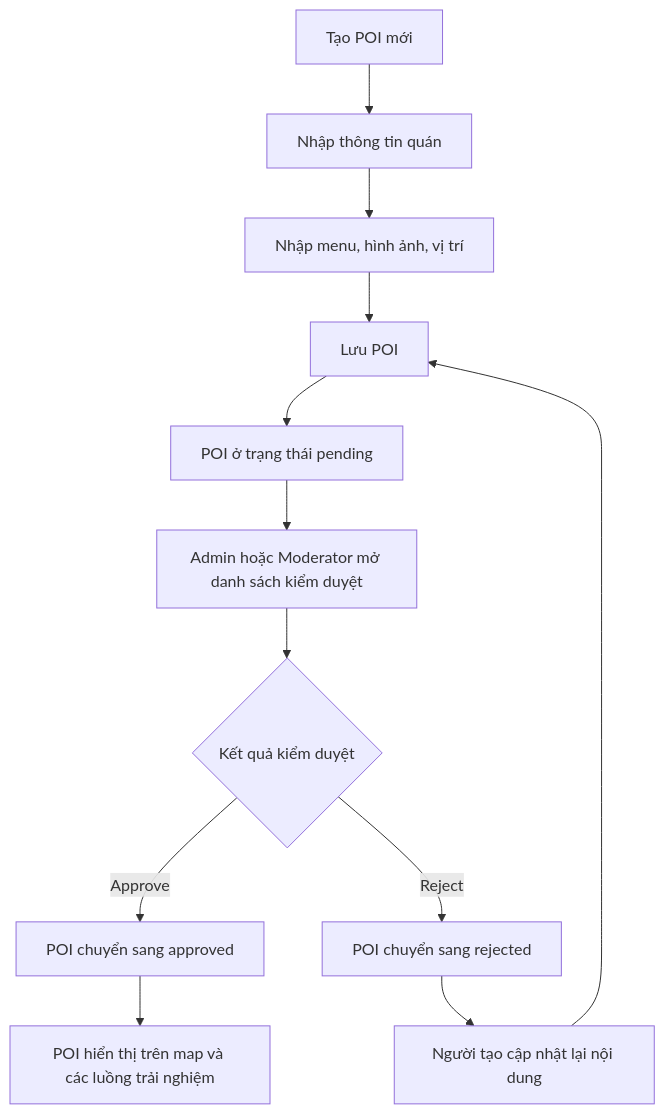
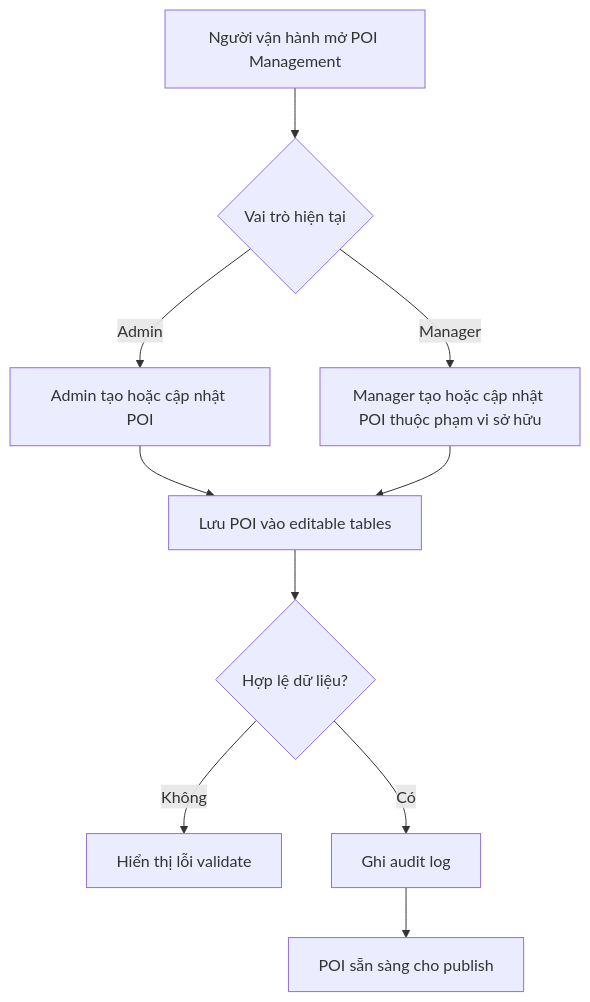
Before and after one commit to lesondowski/Seminar: the fifth of 13 diagrams in docs/ACTIVITY_DIAGRAMS.md, drawn with Mermaid. The commit also changed other lines of this file and 282 other files, not shown here.

````diff
--- a/docs/ACTIVITY_DIAGRAMS.md
+++ b/docs/ACTIVITY_DIAGRAMS.md
@@ -85,14 +116,12 @@
 ```mermaid
 flowchart TD
-    A[Tạo POI mới] --> B[Nhập thông tin quán]
-    B --> C[Nhập menu, hình ảnh, vị trí]
-    C --> D[Lưu POI]
-    D --> E[POI ở trạng thái pending]
-    E --> F[Admin hoặc Moderator mở danh sách kiểm duyệt]
-    F --> G{Kết quả kiểm duyệt}
-    G -->|Approve| H[POI chuyển sang approved]
-    G -->|Reject| I[POI chuyển sang rejected]
-    I --> J[Người tạo cập nhật lại nội dung]
-    J --> D
-    H --> K[POI hiển thị trên map và các luồng trải nghiệm]
+    A[Người vận hành mở POI Management] --> B{Vai trò hiện tại}
+    B -->|Admin| C[Admin tạo hoặc cập nhật POI]
+    B -->|Manager| D[Manager tạo hoặc cập nhật POI thuộc phạm vi sở hữu]
+    C --> E[Lưu POI vào editable tables]
+    D --> E
+    E --> F{Hợp lệ dữ liệu?}
+    F -->|Không| G[Hiển thị lỗi validate]
+    F -->|Có| H[Ghi audit log]
+    H --> I[POI sẵn sàng cho publish]
 ```
````
